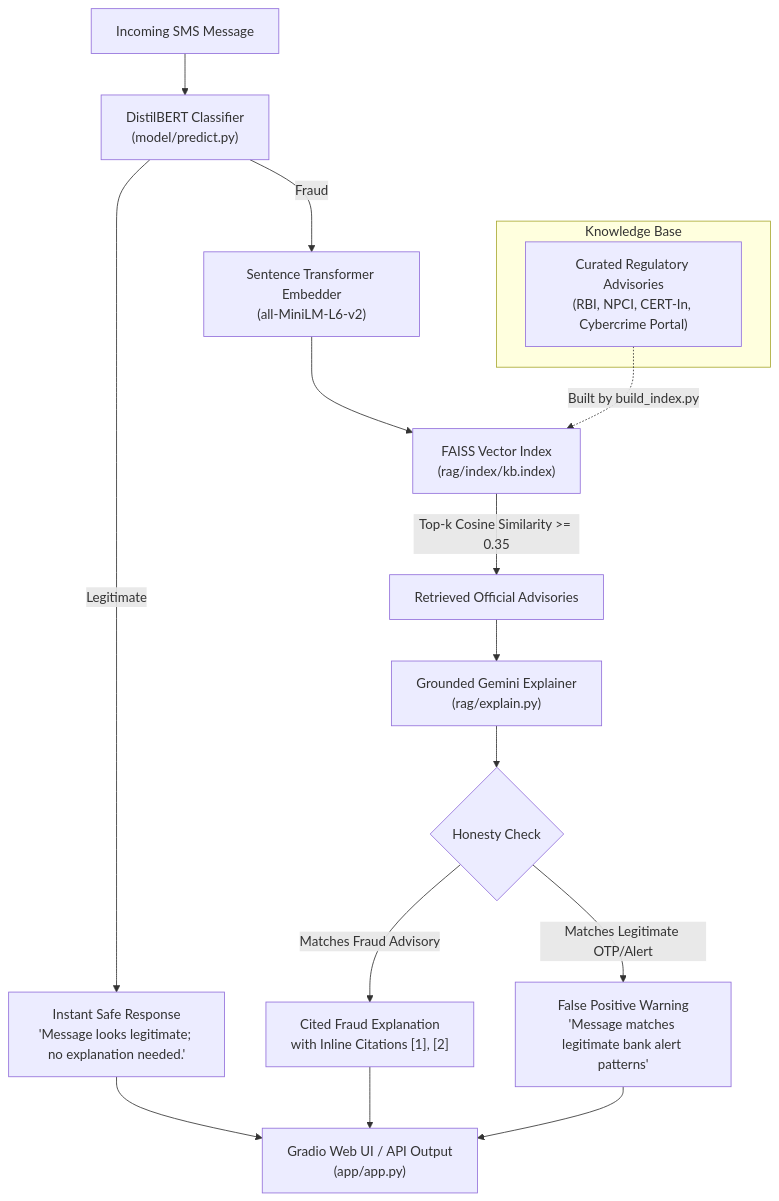
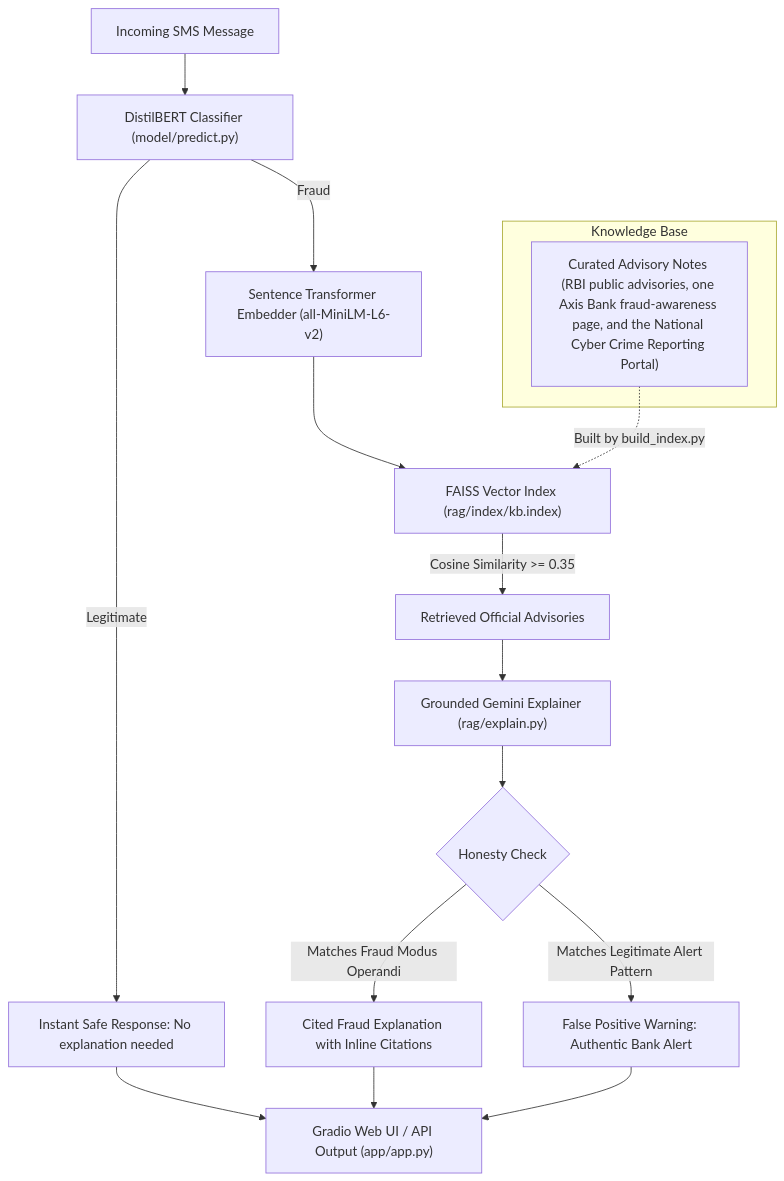
Before and after one commit to Rishika-Batra/fraud-message-detection: the diagram in README.md, drawn with Mermaid. The commit also changed other lines of this file, not shown here.

Commit message:
Make README source claims accurate

````diff
--- a/README.md
+++ b/README.md
@@ -50,28 +50,27 @@
 ```mermaid
 flowchart TD
-    A["Incoming SMS Message"] --> B["DistilBERT Classifier<br/>(model/predict.py)"]
+    A["Incoming SMS Message"] --> B["DistilBERT Classifier (model/predict.py)"]
     
-    B -->|Legitimate| C["Instant Safe Response<br/>'Message looks legitimate; no explanation needed.'"]
+    B -->|"Legitimate"| C["Instant Safe Response: No explanation needed"]
+    B -->|"Fraud"| D["Sentence Transformer Embedder (all-MiniLM-L6-v2)"]
     
-    B -->|Fraud| D["Sentence Transformer Embedder<br/>(all-MiniLM-L6-v2)"]
+    D --> E["FAISS Vector Index (rag/index/kb.index)"]
     
-    D --> E["FAISS Vector Index<br/>(rag/index/kb.index)"]
-    
-    subgraph Knowledge Base
-        KB["Curated Regulatory Advisories<br/>(RBI, NPCI, CERT-In, Cybercrime Portal)"]
+    subgraph KB_Block ["Knowledge Base"]
+        KB["Curated Advisory Notes (RBI public advisories, one Axis Bank fraud-awareness page, and the National Cyber Crime Reporting Portal)"]
     end
     
-    KB -.->|Built by build_index.py| E
+    KB -.->|"Built by build_index.py"| E
     
-    E -->|Top-k Cosine Similarity >= 0.35| F["Retrieved Official Advisories"]
+    E -->|"Cosine Similarity >= 0.35"| F["Retrieved Official Advisories"]
     
-    F --> G["Grounded Gemini Explainer<br/>(rag/explain.py)"]
+    F --> G["Grounded Gemini Explainer (rag/explain.py)"]
     
     G --> H{"Honesty Check"}
-    H -->|Matches Fraud Advisory| I["Cited Fraud Explanation<br/>with Inline Citations [1], [2]"]
-    H -->|Matches Legitimate OTP/Alert| J["False Positive Warning<br/>'Message matches legitimate bank alert patterns'"]
+    H -->|"Matches Fraud Modus Operandi"| I["Cited Fraud Explanation with Inline Citations"]
+    H -->|"Matches Legitimate Alert Pattern"| J["False Positive Warning: Authentic Bank Alert"]
     
-    C --> K["Gradio Web UI / API Output<br/>(app/app.py)"]
+    C --> K["Gradio Web UI / API Output (app/app.py)"]
     I --> K
     J --> K
 ```
````
